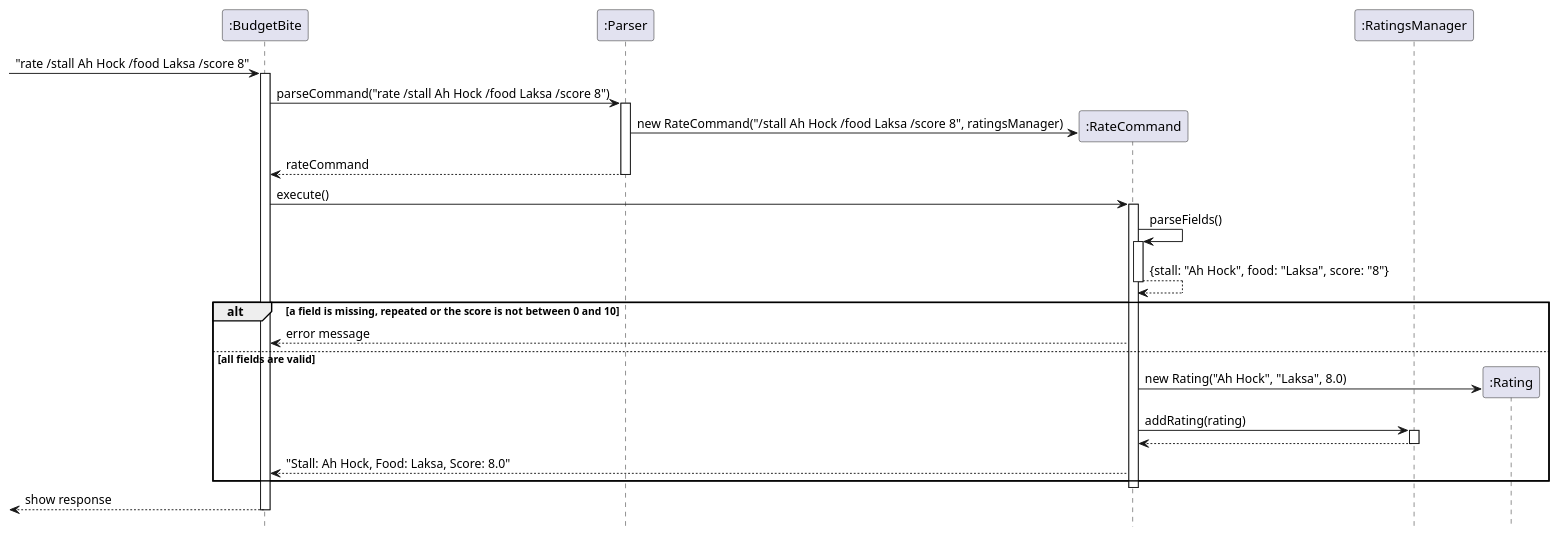
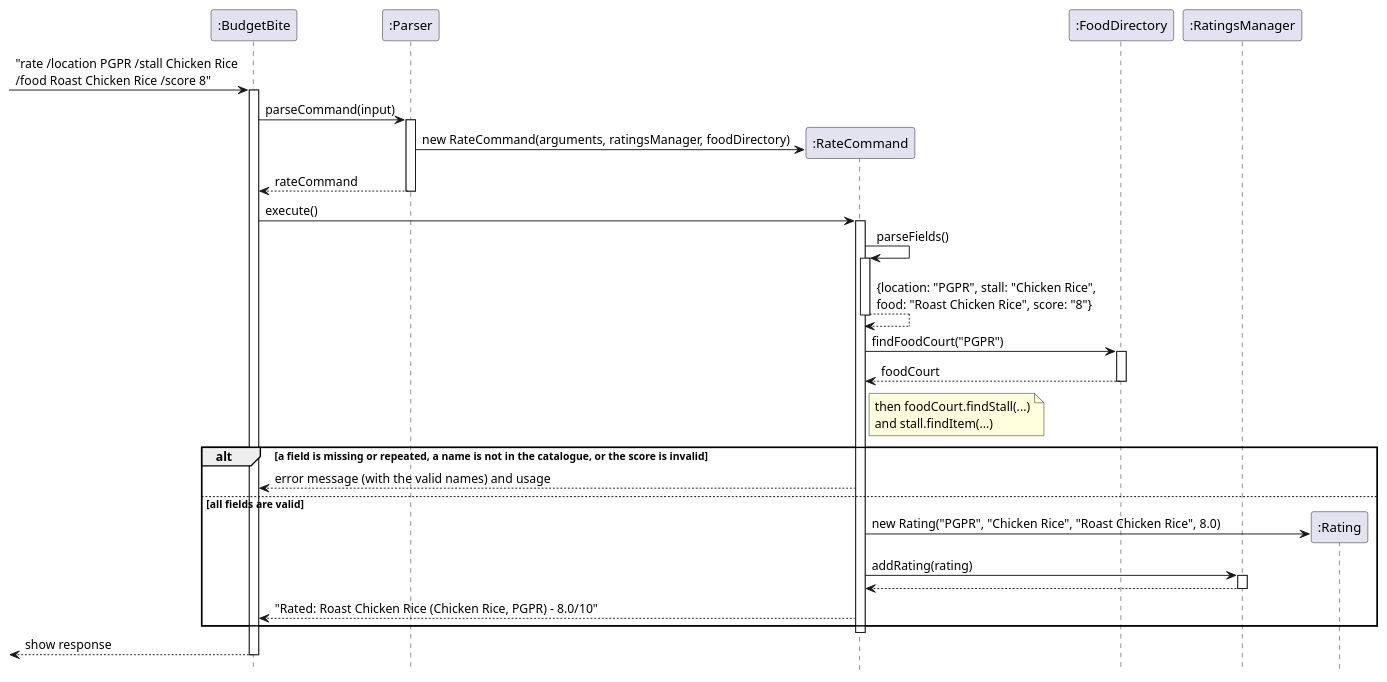
One commit to AY2627S1-CS2113-W10-3/tp changed the diagram in docs/diagrams/RateSequenceDiagram.puml. Above: the diagram before and after it, drawn with PlantUML. The commit also changed 4 other files, not shown here.

Commit message:
Update UG and DG for the new rating flows

```diff
--- a/docs/diagrams/RateSequenceDiagram.puml
+++ b/docs/diagrams/RateSequenceDiagram.puml
@@ -1,38 +1,45 @@
 @startuml
 hide footbox
 participant ":BudgetBite" as B
 participant ":Parser" as P
 participant ":RateCommand" as C
+participant ":FoodDirectory" as D
 participant ":RatingsManager" as M
 
-[-> B : "rate /stall Ah Hock /food Laksa /score 8"
+[-> B : "rate /location PGPR /stall Chicken Rice\n/food Roast Chicken Rice /score 8"
 activate B
-B -> P : parseCommand("rate /stall Ah Hock /food Laksa /score 8")
+B -> P : parseCommand(input)
 activate P
 create C
-P -> C : new RateCommand("/stall Ah Hock /food Laksa /score 8", ratingsManager)
+P -> C : new RateCommand(arguments, ratingsManager, foodDirectory)
 P --> B : rateCommand
 deactivate P
 
 B -> C : execute()
 activate C
 C -> C : parseFields()
 activate C
-C --> C : {stall: "Ah Hock", food: "Laksa", score: "8"}
+C --> C : {location: "PGPR", stall: "Chicken Rice",\nfood: "Roast Chicken Rice", score: "8"}
 deactivate C
 
-alt a field is missing, repeated or the score is not between 0 and 10
-  C --> B : error message
+C -> D : findFoodCourt("PGPR")
+activate D
+D --> C : foodCourt
+deactivate D
+note right of C : then foodCourt.findStall(...)\nand stall.findItem(...)
+
+alt a field is missing or repeated, a name is not in the catalogue, or the score is invalid
+  C --> B : error message (with the valid names) and usage
 else all fields are valid
   create ":Rating" as R
-  C -> R : new Rating("Ah Hock", "Laksa", 8.0)
+  C -> R : new Rating("PGPR", "Chicken Rice", "Roast Chicken Rice", 8.0)
   C -> M : addRating(rating)
   activate M
   M --> C
   deactivate M
-  C --> B : "Stall: Ah Hock, Food: Laksa, Score: 8.0"
+  C --> B : "Rated: Roast Chicken Rice (Chicken Rice, PGPR) - 8.0/10"
 end
 deactivate C
 [<-- B : show response
 deactivate B
 @enduml
```
